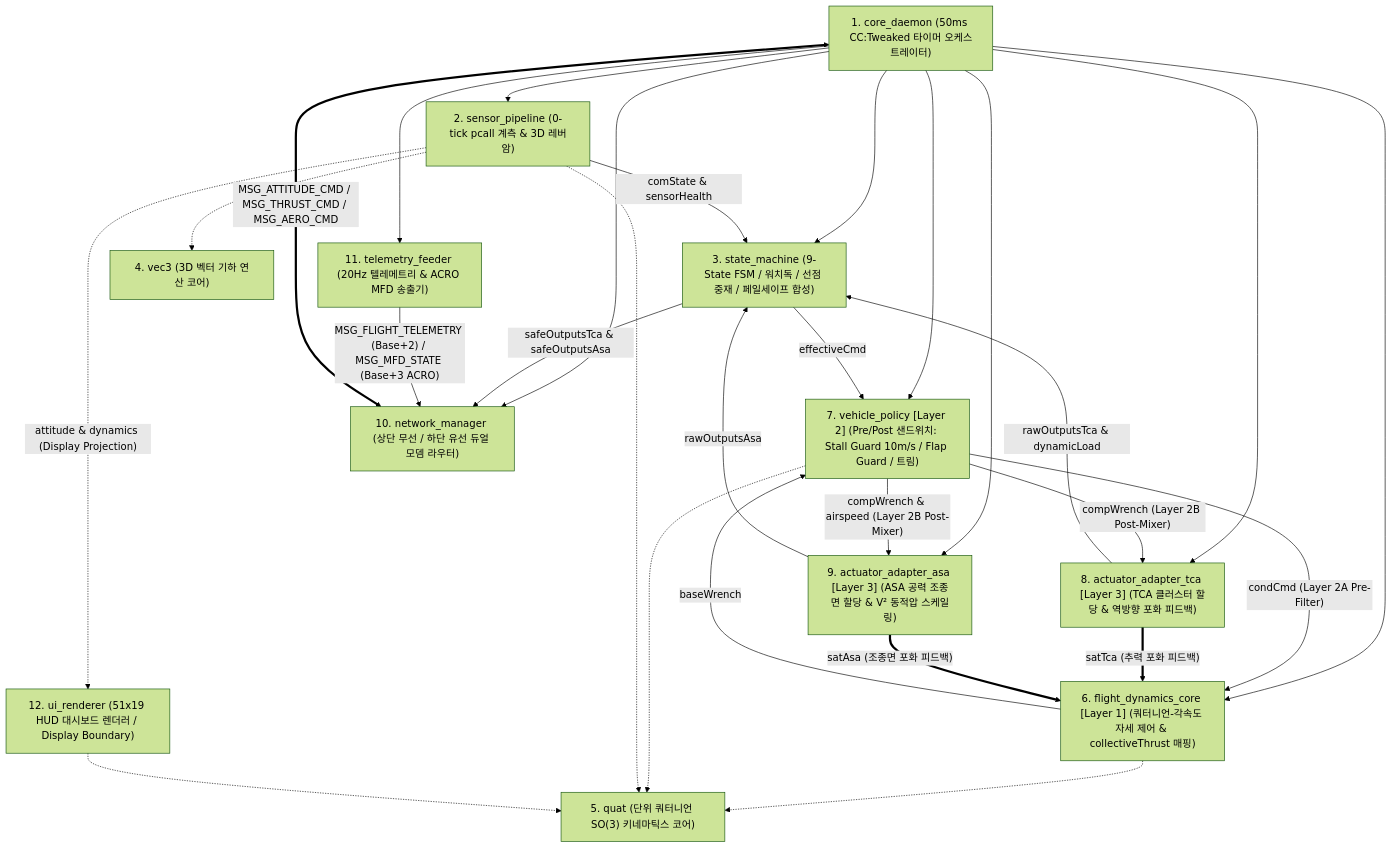
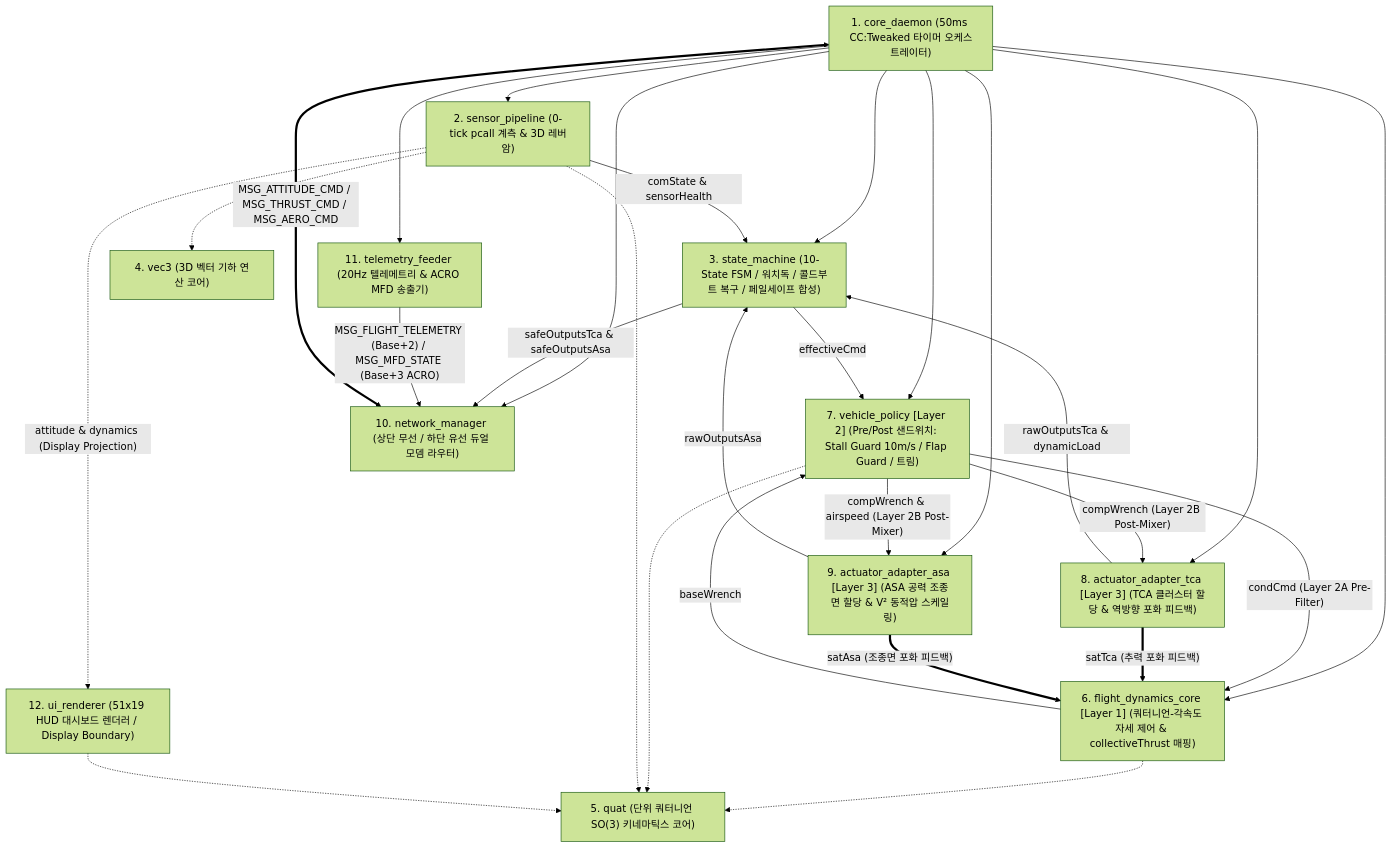
Before and after one commit to Polimachi/Aeroneutics_Autopilot: the third of 4 diagrams in docs/specs/1_control/vas/VAS_PROGRAM_SPECIFICATION.md, drawn with Mermaid (forest theme). The commit also changed other lines of this file and 24 other files, not shown here.

Commit message:
feat(TASK-130): implement mid-air cold-boot recovery, promote specs, and sync roadmap

````diff
--- a/docs/specs/1_control/vas/VAS_PROGRAM_SPECIFICATION.md
+++ b/docs/specs/1_control/vas/VAS_PROGRAM_SPECIFICATION.md
@@ -303,45 +311,45 @@
 ```mermaid
 flowchart TD
     DAEMON["1. core_daemon (50ms CC:Tweaked 타이머 오케스트레이터)"]
     SENS["2. sensor_pipeline (0-tick pcall 계측 & 3D 레버암)"]
-    FSM["3. state_machine (9-State FSM / 워치독 / 선점 중재 / 페일세이프 합성)"]
+    FSM["3. state_machine (10-State FSM / 워치독 / 콜드부트 복구 / 페일세이프 합성)"]
     VEC["4. vec3 (3D 벡터 기하 연산 코어)"]
     QUAT["5. quat (단위 쿼터니언 SO(3) 키네마틱스 코어)"]
     CORE["6. flight_dynamics_core [Layer 1] (쿼터니언-각속도 자세 제어 & collectiveThrust 매핑)"]
     POLICY["7. vehicle_policy [Layer 2] (Pre/Post 샌드위치: Stall Guard 10m/s / Flap Guard / 트림)"]
     ADAPTER_TCA["8. actuator_adapter_tca [Layer 3] (TCA 클러스터 할당 & 역방향 포화 피드백)"]
     ADAPTER_ASA["9. actuator_adapter_asa [Layer 3] (ASA 공력 조종면 할당 & V² 동적압 스케일링)"]
     NET["10. network_manager (상단 무선 / 하단 유선 듀얼 모뎀 라우터)"]
     TELEM["11. telemetry_feeder (20Hz 텔레메트리 & ACRO MFD 송출기)"]
     UI["12. ui_renderer (51x19 HUD 대시보드 렌더러 / Display Boundary)"]
 
     DAEMON --> SENS
     DAEMON --> FSM
     DAEMON --> POLICY
     DAEMON --> CORE
     DAEMON --> ADAPTER_TCA
     DAEMON --> ADAPTER_ASA
     DAEMON --> NET
     DAEMON --> TELEM
 
     CORE -.-> QUAT
     POLICY -.-> QUAT
     SENS -.-> QUAT
     SENS -.-> VEC
     UI -.-> QUAT
 
     SENS -->|"comState & sensorHealth"| FSM
     FSM -->|"effectiveCmd"| POLICY
     POLICY -->|"condCmd (Layer 2A Pre-Filter)"| CORE
     ADAPTER_TCA ==>|"satTca (추력 포화 피드백)"| CORE
     ADAPTER_ASA ==>|"satAsa (조종면 포화 피드백)"| CORE
     CORE -->|"baseWrench"| POLICY
     POLICY -->|"compWrench (Layer 2B Post-Mixer)"| ADAPTER_TCA
     POLICY -->|"compWrench & airspeed (Layer 2B Post-Mixer)"| ADAPTER_ASA
     ADAPTER_TCA -->|"rawOutputsTca & dynamicLoad"| FSM
     ADAPTER_ASA -->|"rawOutputsAsa"| FSM
     FSM -->|"safeOutputsTca & safeOutputsAsa"| NET
     NET <==>|"MSG_ATTITUDE_CMD / MSG_THRUST_CMD / MSG_AERO_CMD"| DAEMON
     TELEM -->|"MSG_FLIGHT_TELEMETRY (Base+2) / MSG_MFD_STATE (Base+3 ACRO)"| NET
     SENS -.->|"attitude & dynamics (Display Projection)"| UI
 ```
````
